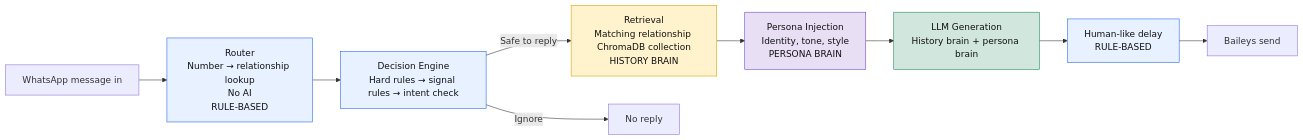
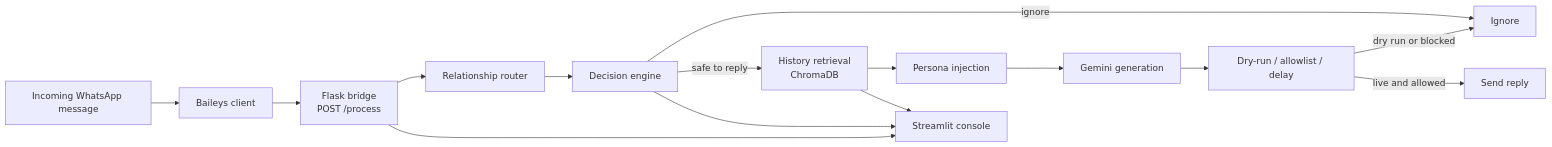
One commit to PatilParas05/WhatsApp_Cruise_Control changed the diagram in README.md. Above: the diagram before and after it, drawn with Mermaid. The commit also changed other lines of this file, not shown here.

Commit message:
Rewrite README with repository overview, architecture, Windows setup, operations, testing, and safety guidance

````diff
--- a/README.md
+++ b/README.md
@@ -9,31 +50,24 @@
 ```mermaid
 flowchart LR
-    A[WhatsApp message in]
-    B[Router<br/>Number → relationship lookup<br/>No AI<br/>RULE-BASED]
-    C[Decision Engine<br/>Hard rules → signal rules → intent check]
-    D[Retrieval<br/>Matching relationship ChromaDB collection<br/>HISTORY BRAIN]
-    E[Persona Injection<br/>Identity, tone, style<br/>PERSONA BRAIN]
-    F[LLM Generation<br/>History brain + persona brain]
-    G[Human-like delay<br/>RULE-BASED]
-    H[Baileys send]
-    I[No reply]
+    A[Incoming WhatsApp message]
+    B[Baileys client]
+    C[Flask bridge<br/>POST /process]
+    D[Relationship router]
+    E[Decision engine]
+    F[History retrieval<br/>ChromaDB]
+    G[Persona injection]
+    H[Gemini generation]
+    I[Dry-run / allowlist / delay]
+    J[Send reply]
+    K[Ignore]
+    L[Streamlit console]
 
-    A --> B
-    B --> C
-    C -->|Ignore| I
-    C -->|Safe to reply| D
-    D --> E
-    E --> F
-    F --> G
-    G --> H
-
-    classDef rules fill:#e8f1ff,stroke:#2563eb,color:#111;
-    classDef history fill:#fff3cd,stroke:#d39e00,color:#111;
-    classDef persona fill:#e8dff5,stroke:#6f42c1,color:#111;
-    classDef llm fill:#d1e7dd,stroke:#198754,color:#111;
-
-    class B,C,G rules;
-    class D history;
-    class E persona;
-    class F llm;
+    A --> B --> C --> D --> E
+    E -->|ignore| K
+    E -->|safe to reply| F --> G --> H --> I
+    I -->|dry run or blocked| K
+    I -->|live and allowed| J
+    C --> L
+    E --> L
+    F --> L
 ```
````
